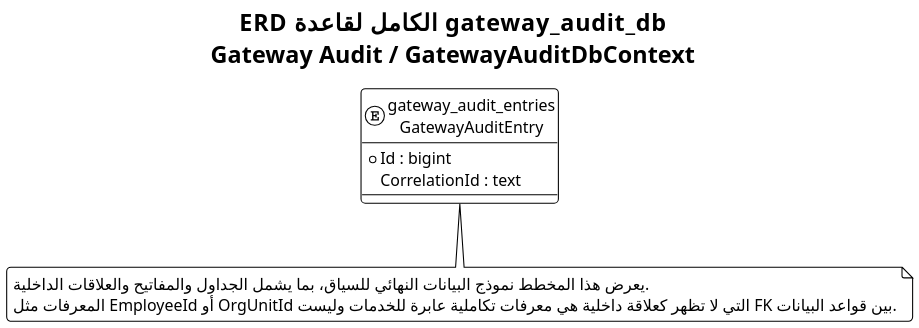
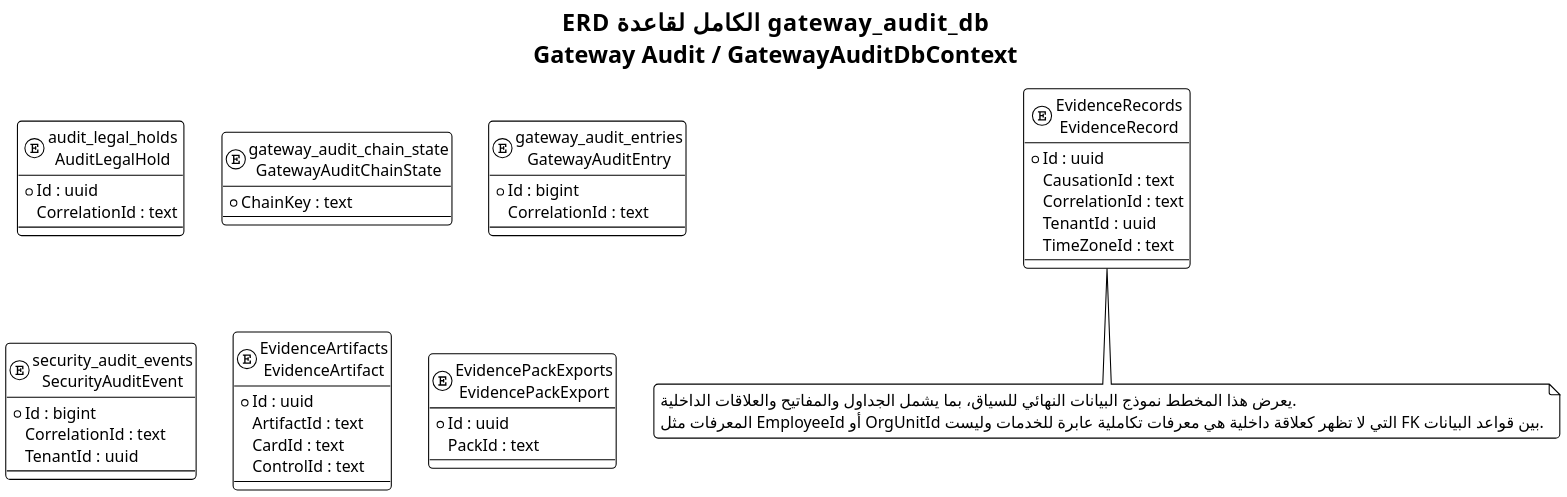
The diagram in docs/thesis_diagrams/database_erdds/source/01_gatewayaudit.puml (omardefdev/HRManagement), drawn with PlantUML before and after one commit. The commit also changed 1988 other files, not shown here.

```diff
--- a/docs/thesis_diagrams/database_erdds/source/01_gatewayaudit.puml
+++ b/docs/thesis_diagrams/database_erdds/source/01_gatewayaudit.puml
@@ -1,25 +1,54 @@
 @startuml
 !theme plain
 skinparam backgroundColor #FFFFFF
 skinparam defaultFontName Arial
 skinparam defaultFontSize 15
 skinparam shadowing false
 skinparam roundcorner 8
 skinparam linetype ortho
 skinparam dpi 170
 skinparam EntityBorderColor #0F6B73
 skinparam EntityBackgroundColor #F4FAFA
 top to bottom direction
 title "ERD الكامل لقاعدة gateway_audit_db\nGateway Audit / GatewayAuditDbContext"
 
-entity "gateway_audit_entries\nGatewayAuditEntry" as T01 {
+entity "audit_legal_holds\nAuditLegalHold" as T01 {
+  * Id : uuid
+    CorrelationId : text
+}
+entity "gateway_audit_chain_state\nGatewayAuditChainState" as T02 {
+  * ChainKey : text
+}
+entity "gateway_audit_entries\nGatewayAuditEntry" as T03 {
   * Id : bigint
     CorrelationId : text
+}
+entity "security_audit_events\nSecurityAuditEvent" as T04 {
+  * Id : bigint
+    CorrelationId : text
+    TenantId : uuid
+}
+entity "EvidenceArtifacts\nEvidenceArtifact" as T05 {
+  * Id : uuid
+    ArtifactId : text
+    CardId : text
+    ControlId : text
+}
+entity "EvidencePackExports\nEvidencePackExport" as T06 {
+  * Id : uuid
+    PackId : text
+}
+entity "EvidenceRecords\nEvidenceRecord" as T07 {
+  * Id : uuid
+    CausationId : text
+    CorrelationId : text
+    TenantId : uuid
+    TimeZoneId : text
 }
 
 
 note bottom
 يعرض هذا المخطط نموذج البيانات النهائي للسياق، بما يشمل الجداول والمفاتيح والعلاقات الداخلية.
 المعرفات مثل EmployeeId أو OrgUnitId التي لا تظهر كعلاقة داخلية هي معرفات تكاملية عابرة للخدمات وليست FK بين قواعد البيانات.
 end note
 @enduml
```
